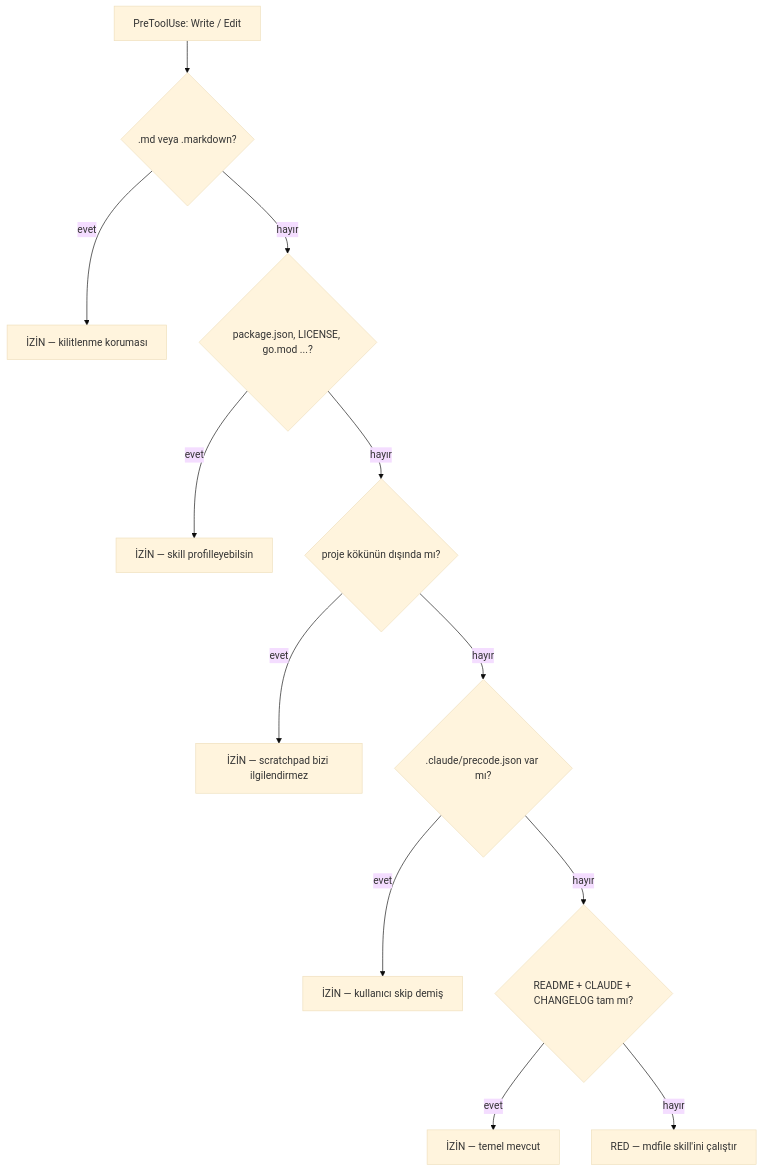
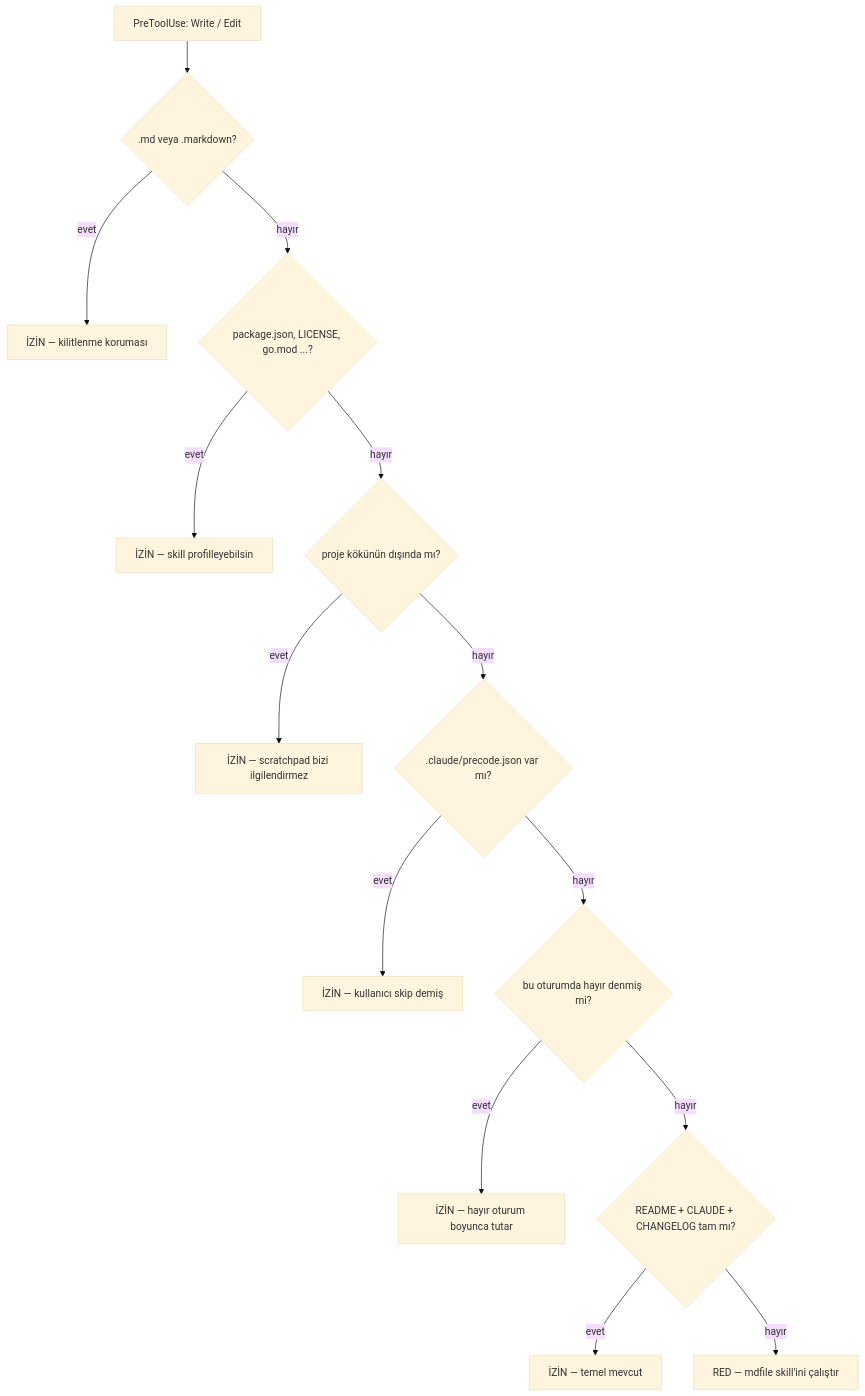
Before and after one commit to OFThub/OFTagents: the second of 2 diagrams in precode/README.md, drawn with Mermaid (base theme). The commit also changed other lines of this file and 10 other files, not shown here.

````diff
--- a/precode/README.md
+++ b/precode/README.md
@@ -50,14 +73,16 @@
 ```mermaid
 flowchart TD
     A["PreToolUse: Write / Edit"] --> B{".md veya .markdown?"}
     B -- evet --> OK1["İZİN — kilitlenme koruması"]
     B -- hayır --> C{"package.json, LICENSE, go.mod ...?"}
     C -- evet --> OK2["İZİN — skill profilleyebilsin"]
     C -- hayır --> D{"proje kökünün dışında mı?"}
     D -- evet --> OK3["İZİN — scratchpad bizi ilgilendirmez"]
     D -- hayır --> E{".claude/precode.json var mı?"}
     E -- evet --> OK4["İZİN — kullanıcı skip demiş"]
-    E -- hayır --> F{"README + CLAUDE + CHANGELOG tam mı?"}
+    E -- hayır --> E2{"bu oturumda hayır denmiş mi?"}
+    E2 -- evet --> OK6["İZİN — hayır oturum boyunca tutar"]
+    E2 -- hayır --> F{"README + CLAUDE + CHANGELOG tam mı?"}
     F -- evet --> OK5["İZİN — temel mevcut"]
     F -- hayır --> NO["RED — mdfile skill'ini çalıştır"]
 ```
````
